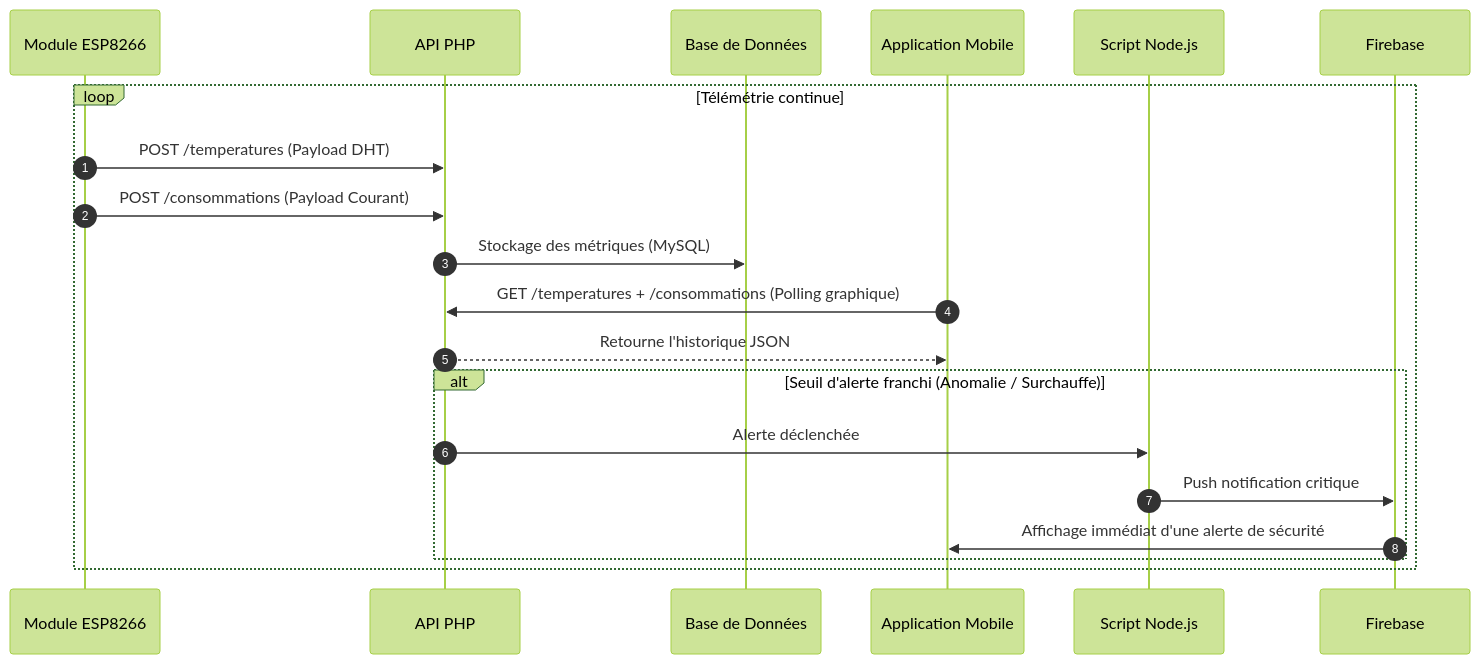
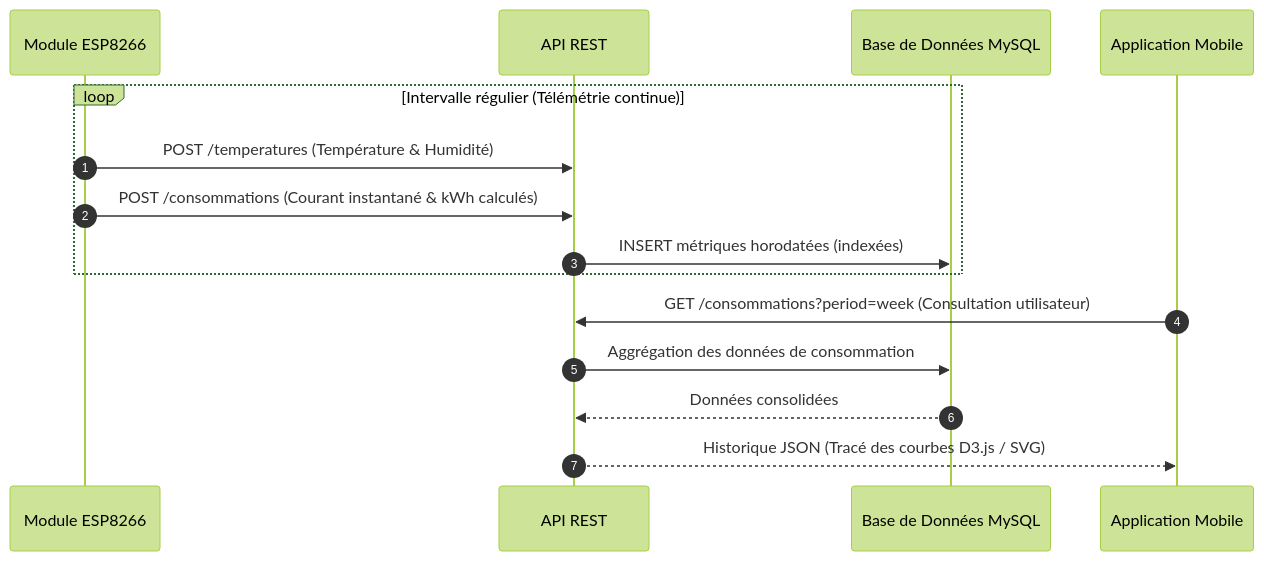
Before and after one commit to wkabtech/Warmly: the fifth of 5 diagrams in README.md, drawn with Mermaid (forest theme). The commit also changed other lines of this file, not shown here.

````diff
--- a/README.md
+++ b/README.md
@@ -238,24 +234,19 @@
 ```mermaid
 sequenceDiagram
     autonumber
     participant ESP as Module ESP8266
-    participant API as API PHP
-    participant BDD as Base de Données
+    participant API as API REST
+    participant BDD as Base de Données MySQL
     participant App as Application Mobile
-    participant NodeJS as Script Node.js
-    participant Firebase as Firebase
 
-    loop Télémétrie continue
-        ESP->>API: POST /temperatures (Payload DHT)
-        ESP->>API: POST /consommations (Payload Courant)
-        API->>BDD: Stockage des métriques (MySQL)
-        App->>API: GET /temperatures + /consommations (Polling graphique)
-        API-->>App: Retourne l'historique JSON
-        
-        alt Seuil d'alerte franchi (Anomalie / Surchauffe)
-            API->>NodeJS: Alerte déclenchée
-            NodeJS->>Firebase: Push notification critique
-            Firebase->>App: Affichage immédiat d'une alerte de sécurité
-        end
+    loop Intervalle régulier (Télémétrie continue)
+        ESP->>API: POST /temperatures (Température & Humidité)
+        ESP->>API: POST /consommations (Courant instantané & kWh calculés)
+        API->>BDD: INSERT métriques horodatées (indexées)
     end
+
+    App->>API: GET /consommations?period=week (Consultation utilisateur)
+    API->>BDD: Aggrégation des données de consommation
+    BDD-->>API: Données consolidées
+    API-->>App: Historique JSON (Tracé des courbes D3.js / SVG)
 ```
````
